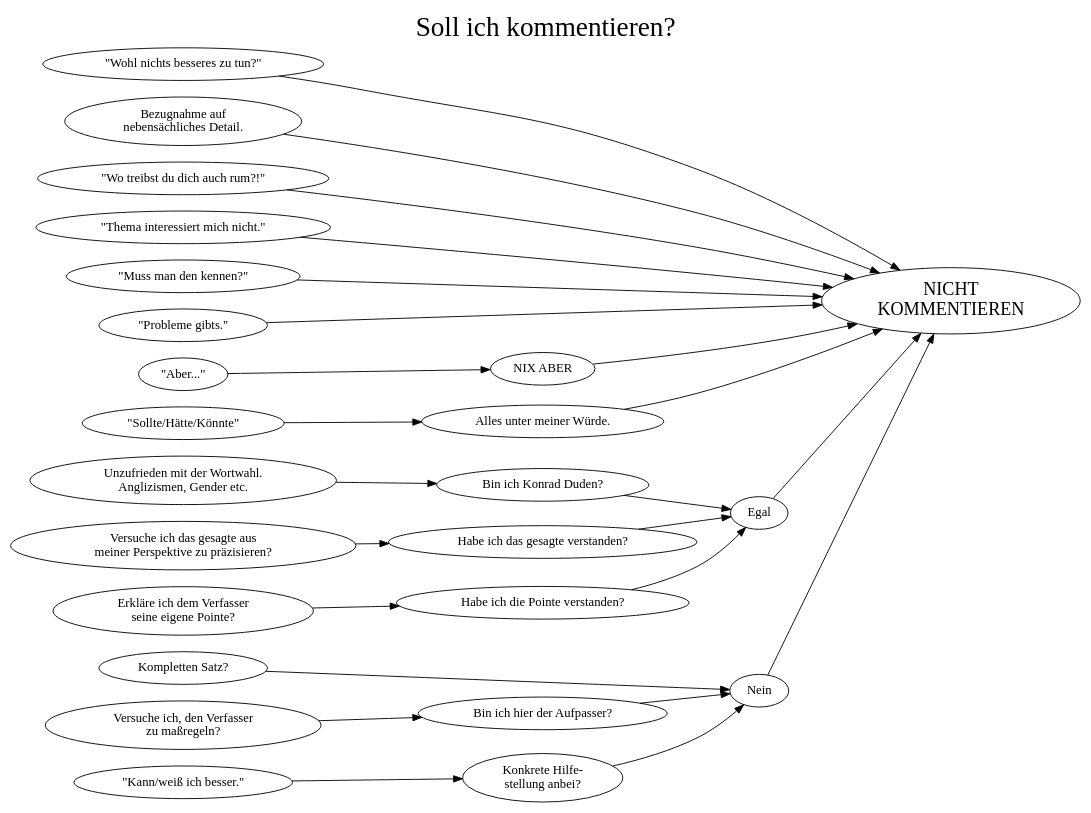
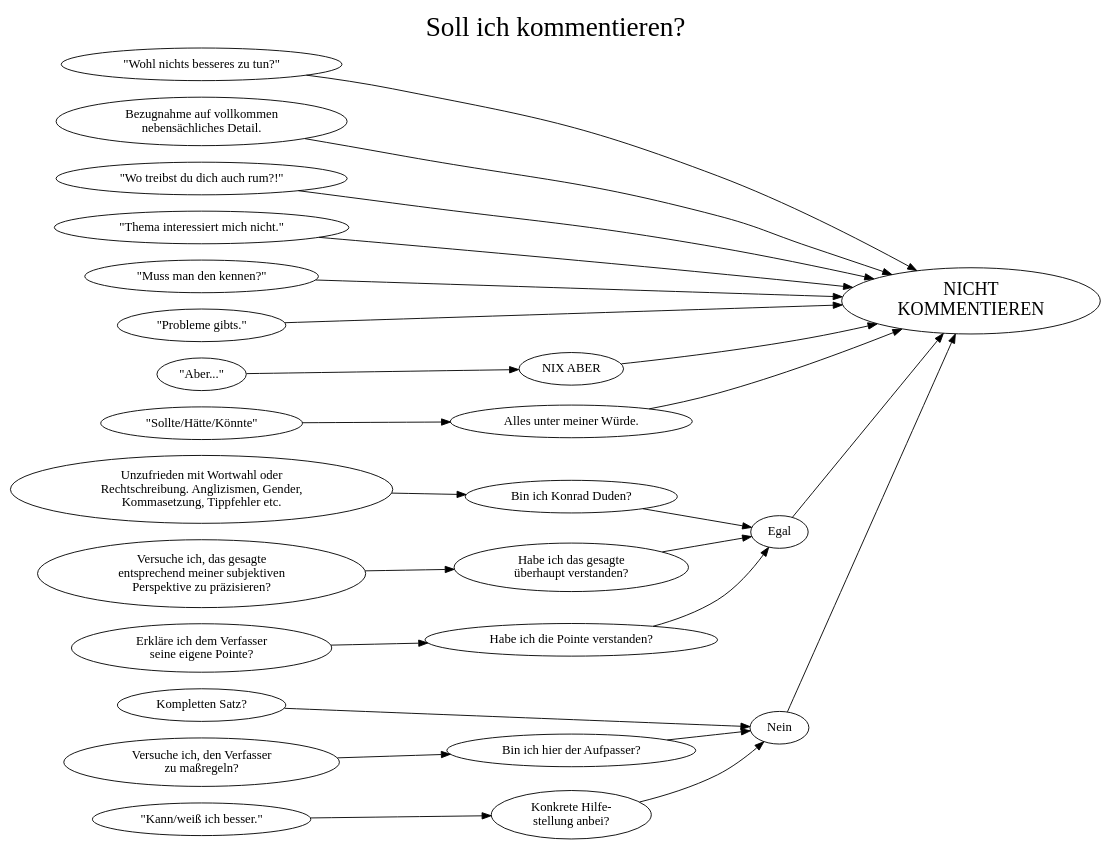
One commit to mschmitt/kommentieren changed the diagram in kommentieren.dot. Above: the diagram before and after it, drawn with Graphviz.

```diff
--- a/kommentieren.dot
+++ b/kommentieren.dot
@@ -1,71 +1,71 @@
 digraph foo {
 	labelloc="t";
 	rankdir="LR";
 	label="Soll ich kommentieren?";
 	fontsize="30pt";
 
 	// Replies
 	{ rank = same;
 	r01 [label="Kompletten Satz?"];
 	r02 [label="Versuche ich, den Verfasser\nzu maßregeln?"];
 	r03 [label="\"Wohl nichts besseres zu tun?\""];
 	r04 [label="\"Kann/weiß ich besser.\""];
 	r05 [label="Erkläre ich dem Verfasser\nseine eigene Pointe?"];
 	r06 [label="\"Sollte/Hätte/Könnte\""];
-	r07 [label="Bezugnahme auf\nnebensächliches Detail."];
+	r07 [label="Bezugnahme auf vollkommen\nnebensächliches Detail."];
 	r08 [label="\"Aber...\""];
 	r09 [label="\"Wo treibst du dich auch rum?!\""];
 	r10 [label="\"Thema interessiert mich nicht.\""];
-	r11 [label="Versuche ich das gesagte aus\nmeiner Perspektive zu präzisieren?"];
+	r11 [label="Versuche ich, das gesagte\nentsprechend meiner subjektiven\nPerspektive zu präzisieren?"];
 	r12 [label="\"Muss man den kennen?\""];
 	r13 [label="\"Probleme gibts.\""];
-	r14 [label="Unzufrieden mit der Wortwahl.\nAnglizismen, Gender etc."];
+	r14 [label="Unzufrieden mit Wortwahl oder\nRechtschreibung. Anglizismen, Gender,\nKommasetzung, Tippfehler etc."];
 	};
 
 	// Intermediate Step 1
 	{ rank = same;
 	i01 [label="Konkrete Hilfe-\nstellung anbei?"];
 	i02 [label="NIX ABER"];
 	i03 [label="Habe ich die Pointe verstanden?"];
 	i04 [label="Bin ich hier der Aufpasser?"];
 	i05 [label="Alles unter meiner Würde."];
 	i06 [label="Bin ich Konrad Duden?"];
-	i07 [label="Habe ich das gesagte verstanden?"];
+	i07 [label="Habe ich das gesagte\nüberhaupt verstanden?"];
 	};
 
 	// Intermediate Step 2
 	{ rank = same;
 	j02 [label="Nein"];
 	j03 [label="Egal"];
 	};
 
 	// Conclusions
 	{ rank = same;
 	cn [label="NICHT\nKOMMENTIEREN" fontsize=20];
 	};
 
 	// Relations
 	r01 -> j02;
 	r02 -> i04;
 	r03 -> cn;
 	r06 -> i05;
 	i05 -> cn;
 	r07 -> cn;
 	r04 -> i01;
 	r05 -> i03;
 	r11 -> i07;
 	i01 -> j02;
 	i04 -> j02;
 	i02 -> cn;
 	r09 -> cn;
 	i03 -> j03;
 	j03 -> cn;
 	r10 -> cn;
 	r08 -> i02;
 	j02 -> cn;
 	r12 -> cn;
 	r13 -> cn;
 	r14 -> i06;
 	i06 -> j03;
 	i07 -> j03;
 }
```
